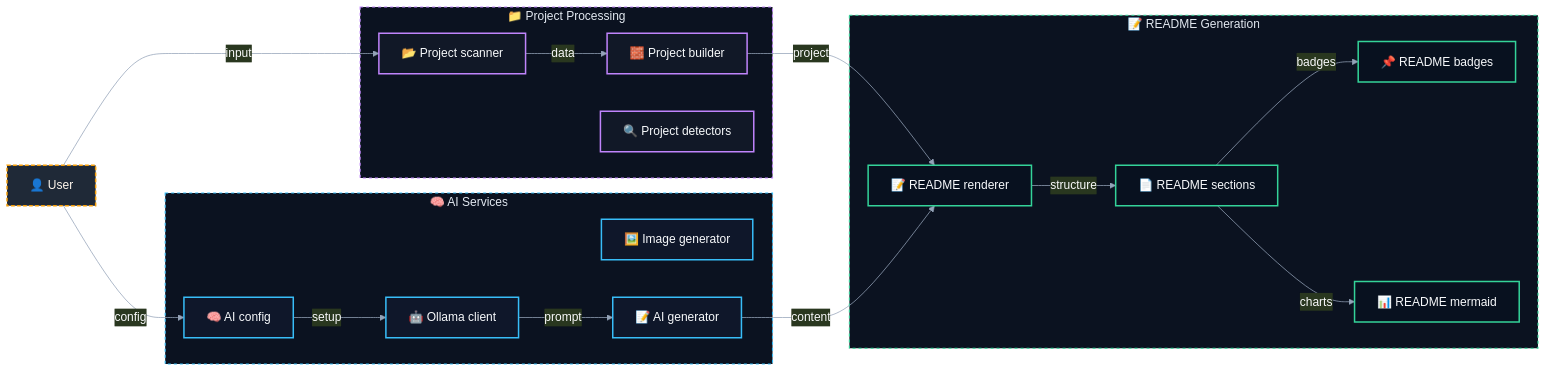
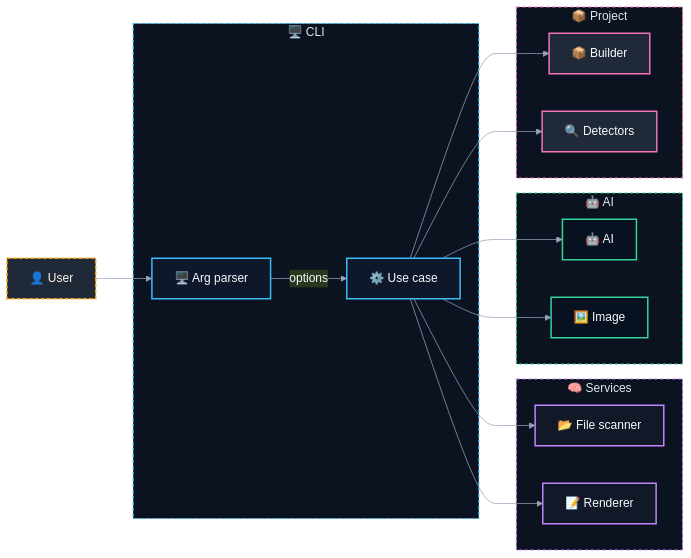
Before and after one commit to DavidTorro/README-GENERATOR: the diagram in README.md, drawn with Mermaid. The commit also changed other lines of this file and 5 other files, not shown here.

````diff
--- a/README.md
+++ b/README.md
@@ -28,54 +28,54 @@
 ```mermaid
 %%{init: {
     "theme": "base",
     "themeVariables": {
         "primaryColor": "#1f2937",
         "primaryTextColor": "#f9fafb",
         "primaryBorderColor": "#60a5fa",
         "lineColor": "#94a3b8",
         "tertiaryColor": "#0f172a"
     }
 }}%%
 
 flowchart LR
-    subgraph SG0["🧠 AI Services"]
-        ai_config["🧠 AI config"]
-        ollama_client["🤖 Ollama client"]
-        image_generator["🖼️ Image generator"]
-        ai_generator["📝 AI generator"]
+    subgraph SG0["🖥️ CLI"]
+        parser["🖥️ Arg parser"]
+        usecase["⚙️ Use case"]
     end
-    subgraph SG1["📁 Project Processing"]
-        project_scanner["📂 Project scanner"]
-        project_builder["🧱 Project builder"]
-        project_detectors["🔍 Project detectors"]
+    subgraph SG1["🧠 Services"]
+        scanner["📂 File scanner"]
+        renderer["📝 Renderer"]
     end
-    subgraph SG2["📝 README Generation"]
-        readme_render["📝 README renderer"]
-        readme_sections["📄 README sections"]
-        readme_badges["📌 README badges"]
-        readme_mermaid["📊 README mermaid"]
+    subgraph SG2["🤖 AI"]
+        ai["🤖 AI"]
+        image["🖼️ Image"]
+    end
+    subgraph SG3["📦 Project"]
+        builder["📦 Builder"]
+        detectors["🔍 Detectors"]
     end
     user["👤 User"]
-    user -- "input" --> project_scanner
-    project_scanner -- "data" --> project_builder
-    project_builder -- "project" --> readme_render
-    user -- "config" --> ai_config
-    ai_config -- "setup" --> ollama_client
-    ollama_client -- "prompt" --> ai_generator
-    ai_generator -- "content" --> readme_render
-    readme_render -- "structure" --> readme_sections
-    readme_sections -- "badges" --> readme_badges
-    readme_sections -- "charts" --> readme_mermaid
+    user --> parser
+    parser -- "options" --> usecase
+    usecase --> scanner
+    usecase --> renderer
+    usecase --> ai
+    usecase --> image
+    usecase --> builder
+    usecase --> detectors
 
     classDef g0 fill:#0f172a,stroke:#38bdf8,color:#f8fafc,stroke-width:2px;
-    class ai_config,ollama_client,image_generator,ai_generator g0;
+    class parser,usecase g0;
     classDef g1 fill:#111827,stroke:#c084fc,color:#f8fafc,stroke-width:2px;
-    class project_scanner,project_builder,project_detectors g1;
+    class scanner,renderer g1;
     classDef g2 fill:#08111f,stroke:#34d399,color:#f8fafc,stroke-width:2px;
-    class readme_render,readme_sections,readme_badges,readme_mermaid g2;
+    class ai,image g2;
+    classDef g3 fill:#1f2937,stroke:#f472b6,color:#f8fafc,stroke-width:2px;
+    class builder,detectors g3;
     classDef actor fill:#1f2937,stroke:#f59e0b,color:#fff7ed,stroke-width:2px,stroke-dasharray: 5 3;
     class user actor;
     style SG0 fill:#0b1220,stroke:#38bdf8,stroke-width:1.5px,stroke-dasharray: 4 4,color:#e2e8f0
     style SG1 fill:#0b1220,stroke:#c084fc,stroke-width:1.5px,stroke-dasharray: 4 4,color:#e2e8f0
     style SG2 fill:#0b1220,stroke:#34d399,stroke-width:1.5px,stroke-dasharray: 4 4,color:#e2e8f0
+    style SG3 fill:#0b1220,stroke:#f472b6,stroke-width:1.5px,stroke-dasharray: 4 4,color:#e2e8f0
 ```
````
